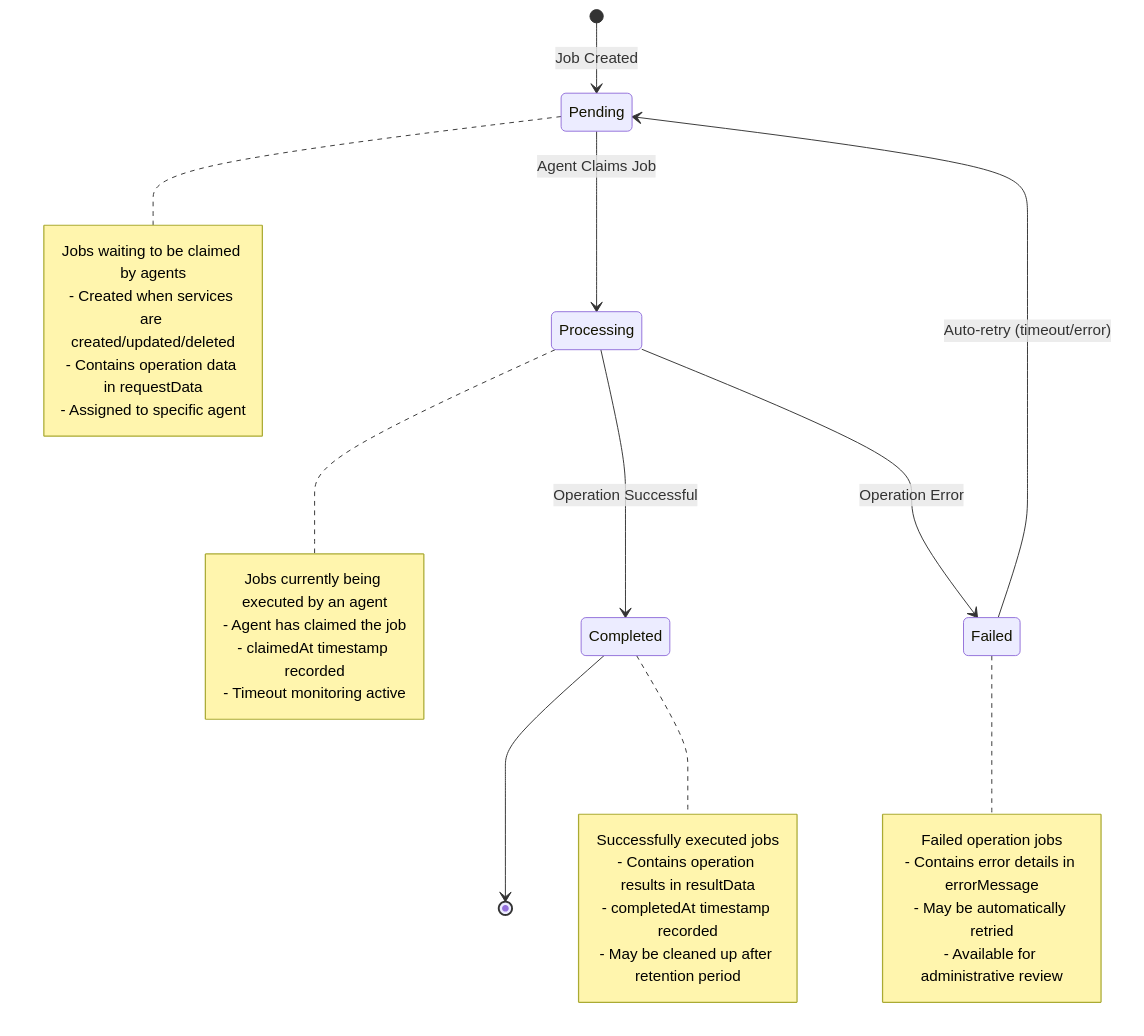
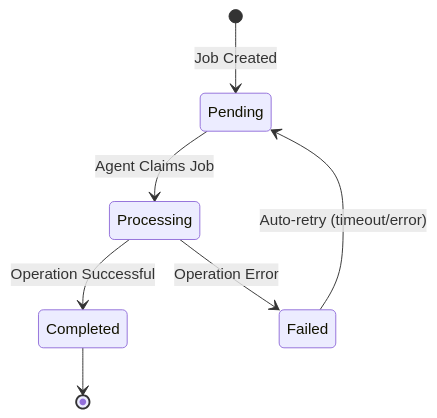
The fifth of 6 diagrams in docs/DESIGN.md (fulcrumproject/core), drawn with Mermaid before and after one commit. The commit also changed other lines of this file and 1 other file, not shown here.

````diff
--- a/docs/DESIGN.md
+++ b/docs/DESIGN.md
@@ -465,37 +429,9 @@
 ```mermaid
 stateDiagram-v2
     [*] --> Pending: Job Created
     Pending --> Processing: Agent Claims Job
     Processing --> Completed: Operation Successful
     Processing --> Failed: Operation Error
     Completed --> [*]
     Failed --> Pending: Auto-retry (timeout/error)
-    
-    note right of Pending
-        Jobs waiting to be claimed by agents
-        - Created when services are created/updated/deleted
-        - Contains operation data in requestData
-        - Assigned to specific agent
-    end note
-    
-    note right of Processing
-        Jobs currently being executed by an agent
-        - Agent has claimed the job
-        - claimedAt timestamp recorded
-        - Timeout monitoring active
-    end note
-    
-    note right of Completed
-        Successfully executed jobs
-        - Contains operation results in resultData
-        - completedAt timestamp recorded
-        - May be cleaned up after retention period
-    end note
-    
-    note right of Failed
-        Failed operation jobs
-        - Contains error details in errorMessage
-        - May be automatically retried
-        - Available for administrative review
-    end note
 ```
````
